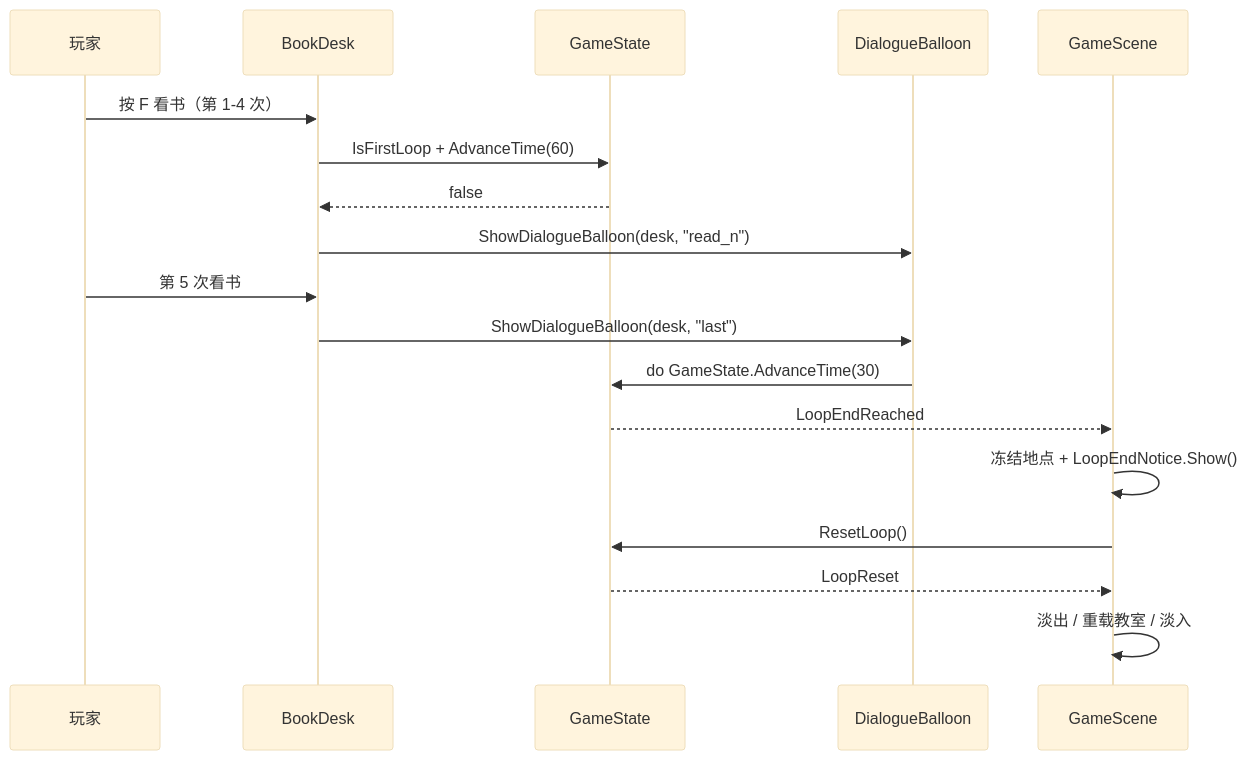
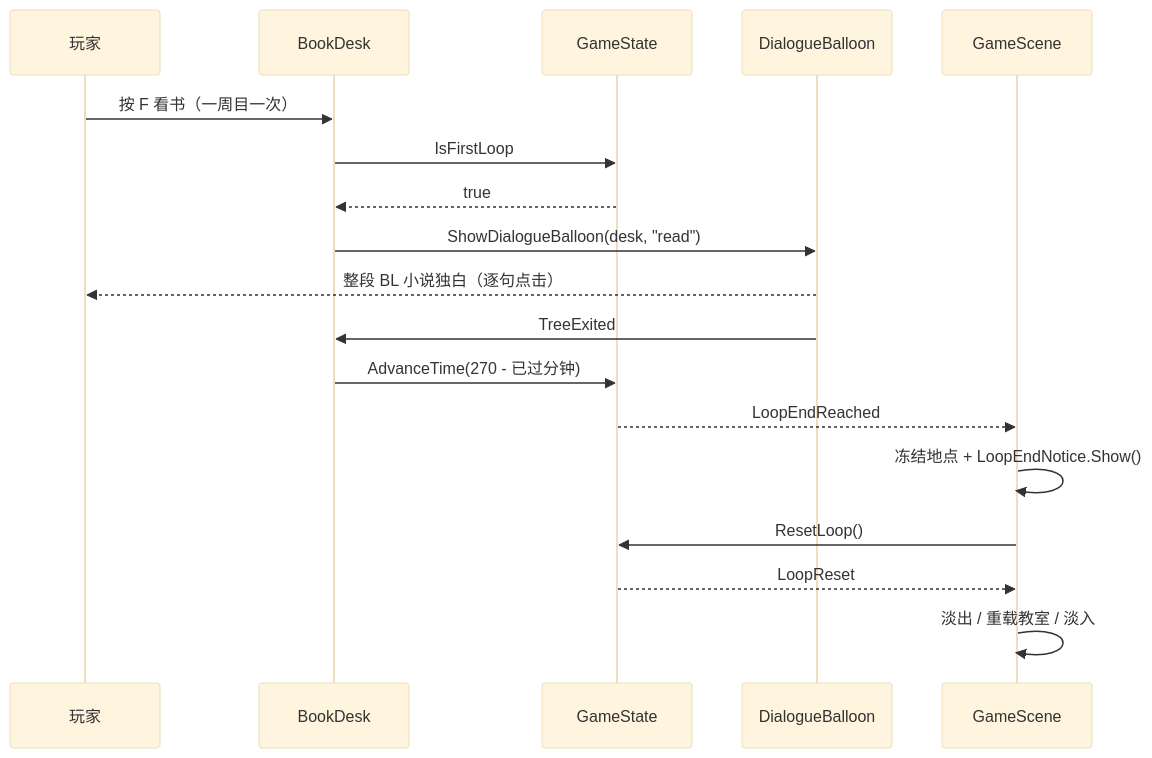
The fourth of 8 diagrams in docs/superpowers/specs/2026-11-07-formal-main-flow-design.md (Yumihoshi/pandagj-2026), drawn with Mermaid (base theme) before and after one commit. The commit also changed other lines of this file and 3 other files, not shown here.

````diff
--- a/docs/superpowers/specs/2026-11-07-formal-main-flow-design.md
+++ b/docs/superpowers/specs/2026-11-07-formal-main-flow-design.md
@@ -1139,21 +1143,21 @@
 ```mermaid
 sequenceDiagram
     participant U as 玩家
     participant D as BookDesk
     participant GS as GameState
     participant B as DialogueBalloon
     participant G as GameScene
 
-    U->>D: 按 F 看书（第 1-4 次）
-    D->>GS: IsFirstLoop + AdvanceTime(60)
-    GS-->>D: false
-    D->>B: ShowDialogueBalloon(desk, "read_n")
-    U->>D: 第 5 次看书
-    D->>B: ShowDialogueBalloon(desk, "last")
-    B->>GS: do GameState.AdvanceTime(30)
+    U->>D: 按 F 看书（一周目一次）
+    D->>GS: IsFirstLoop
+    GS-->>D: true
+    D->>B: ShowDialogueBalloon(desk, "read")
+    B-->>U: 整段 BL 小说独白（逐句点击）
+    B->>D: TreeExited
+    D->>GS: AdvanceTime(270 - 已过分钟)
     GS-->>G: LoopEndReached
     G->>G: 冻结地点 + LoopEndNotice.Show()
     G->>GS: ResetLoop()
     GS-->>G: LoopReset
     G->>G: 淡出 / 重载教室 / 淡入
 ```
````
